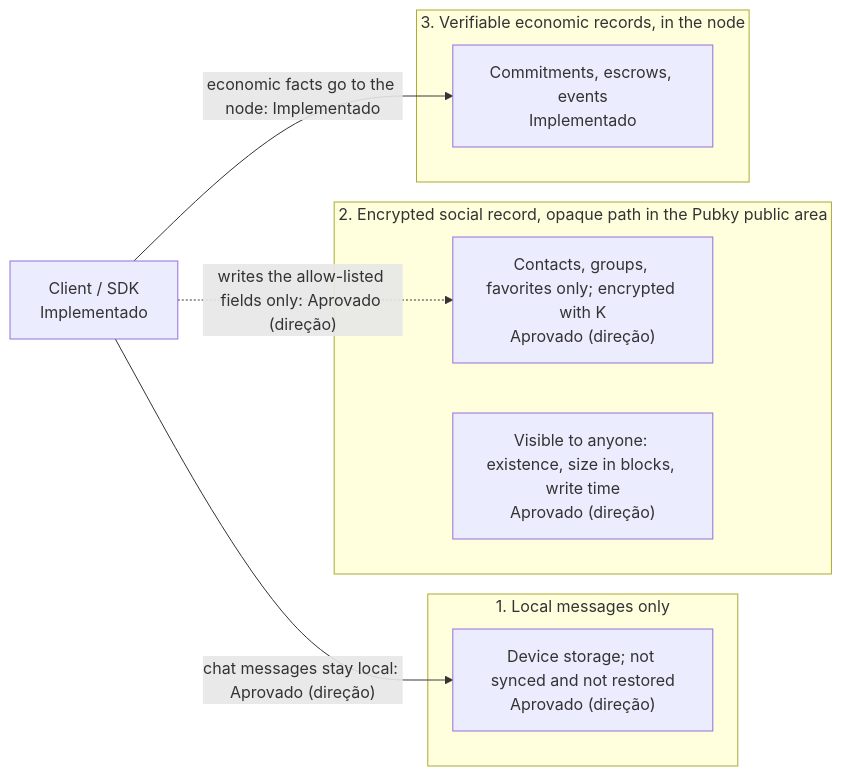
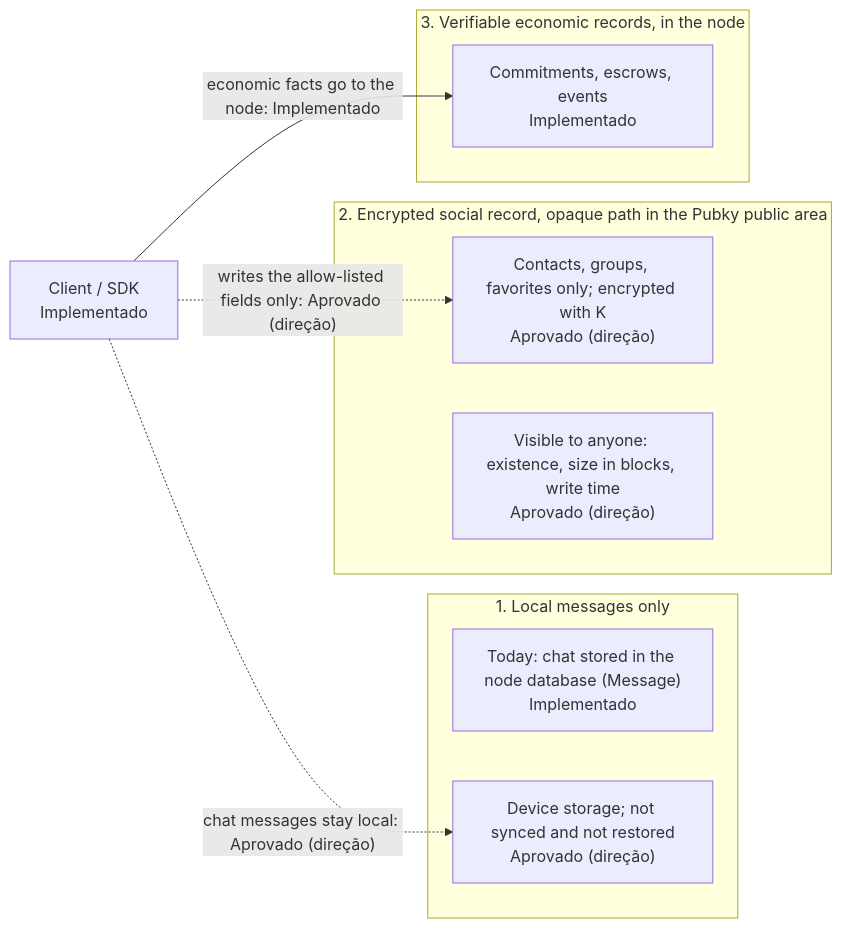
The sixth of 6 diagrams in docs/SYSTEM_DESIGN.md (sails-protocol/Sails-Protocol), drawn with Mermaid before and after one commit. The commit also changed other lines of this file, not shown here.

Commit message:
docs: correções factuais dos diagramas (Principal): chaves de escrow/árbitro, chat no nó, chave Pear

````diff
--- a/docs/SYSTEM_DESIGN.md
+++ b/docs/SYSTEM_DESIGN.md
@@ -726,17 +729,18 @@
 ```mermaid
 flowchart LR
   subgraph M["1. Local messages only"]
+    M0["Today: chat stored in the node database (Message)<br/>Implementado"]
     M1["Device storage; not synced and not restored<br/>Aprovado (direção)"]
   end
   subgraph S["2. Encrypted social record, opaque path in the Pubky public area"]
     S1["Contacts, groups, favorites only; encrypted with K<br/>Aprovado (direção)"]
     S2["Visible to anyone: existence, size in blocks, write time<br/>Aprovado (direção)"]
   end
   subgraph E["3. Verifiable economic records, in the node"]
     E1["Commitments, escrows, events<br/>Implementado"]
   end
   APP["Client / SDK<br/>Implementado"]
-  APP -->|"chat messages stay local: Aprovado (direção)"| M1
+  APP -.->|"chat messages stay local: Aprovado (direção)"| M1
   APP -.->|"writes the allow-listed fields only: Aprovado (direção)"| S1
   APP -->|"economic facts go to the node: Implementado"| E1
 ```
````
